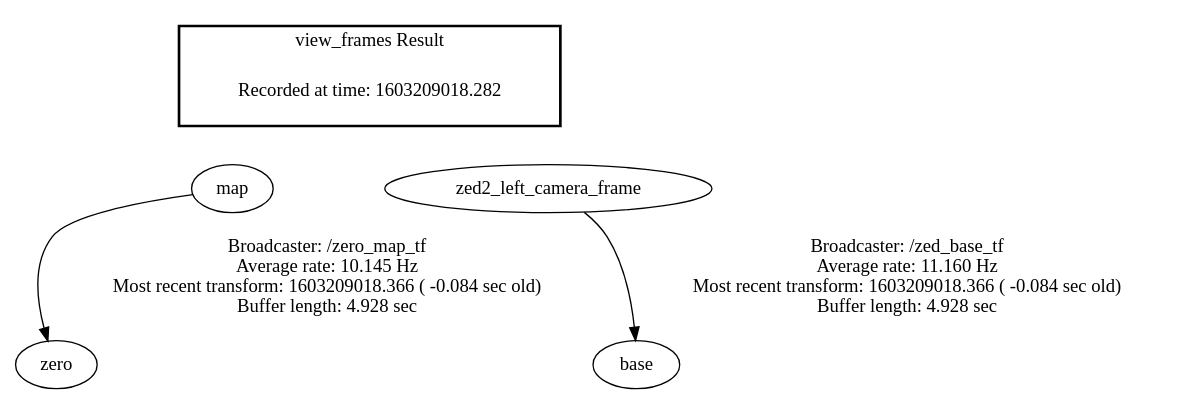
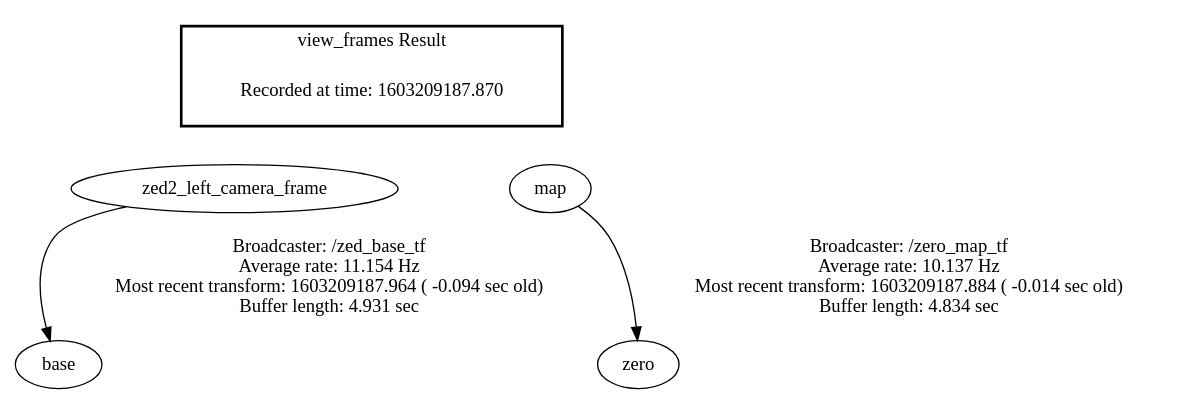
One commit to Thomasklein-git/Yolo changed the diagram in frames.gv. Above: the diagram before and after it, drawn with Graphviz. The commit also changed 2 other files, not shown here.

```diff
--- a/frames.gv
+++ b/frames.gv
@@ -1,12 +1,12 @@
 digraph G {
-"map" -> "zero"[label="Broadcaster: /zero_map_tf\nAverage rate: 10.145 Hz\nMost recent transform: 1603209018.366 ( -0.084 sec old)\nBuffer length: 4.928 sec\n"];
-"zed2_left_camera_frame" -> "base"[label="Broadcaster: /zed_base_tf\nAverage rate: 11.160 Hz\nMost recent transform: 1603209018.366 ( -0.084 sec old)\nBuffer length: 4.928 sec\n"];
+"zed2_left_camera_frame" -> "base"[label="Broadcaster: /zed_base_tf\nAverage rate: 11.154 Hz\nMost recent transform: 1603209187.964 ( -0.094 sec old)\nBuffer length: 4.931 sec\n"];
+"map" -> "zero"[label="Broadcaster: /zero_map_tf\nAverage rate: 10.137 Hz\nMost recent transform: 1603209187.884 ( -0.014 sec old)\nBuffer length: 4.834 sec\n"];
 edge [style=invis];
  subgraph cluster_legend { style=bold; color=black; label ="view_frames Result";
-"Recorded at time: 1603209018.282"[ shape=plaintext ] ;
- }->"map";
+"Recorded at time: 1603209187.870"[ shape=plaintext ] ;
+ }->"zed2_left_camera_frame";
 edge [style=invis];
  subgraph cluster_legend { style=bold; color=black; label ="view_frames Result";
-"Recorded at time: 1603209018.282"[ shape=plaintext ] ;
- }->"zed2_left_camera_frame";
+"Recorded at time: 1603209187.870"[ shape=plaintext ] ;
+ }->"map";
 }
```
